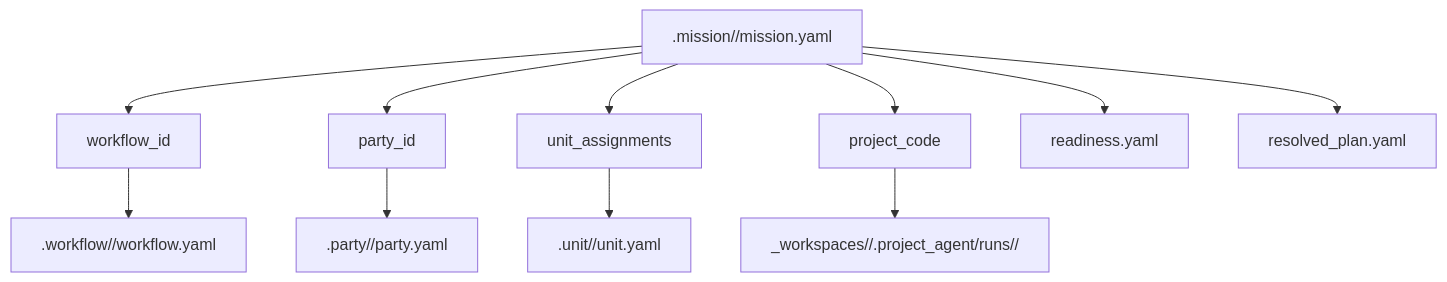
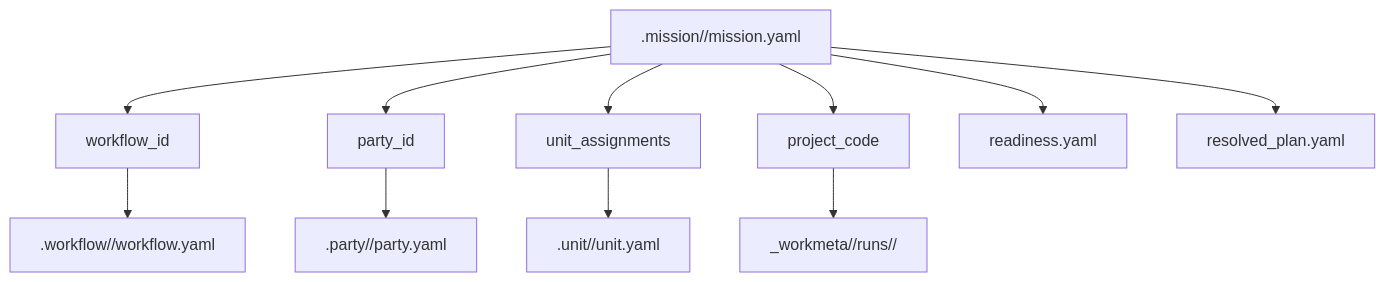
Before and after one commit to SungYongMOON/soulforge: the diagram in .mission/README.md, drawn with Mermaid. The commit also changed other lines of this file and 111 other files, not shown here.

````diff
--- a/.mission/README.md
+++ b/.mission/README.md
@@ -11,13 +11,13 @@
 ```mermaid
 flowchart TD
   M[".mission/<mission_id>/mission.yaml"] --> WF["workflow_id"]
   M --> PT["party_id"]
   M --> UA["unit_assignments"]
   M --> PJ["project_code"]
   M --> RD["readiness.yaml"]
   WF --> WFC[".workflow/<workflow_id>/workflow.yaml"]
   PT --> PTC[".party/<party_id>/party.yaml"]
   UA --> U[".unit/<unit_id>/unit.yaml"]
   M --> RP["resolved_plan.yaml"]
-  PJ --> WS["_workspaces/<project_code>/.project_agent/runs/<run_id>/"]
+  PJ --> WS["_workmeta/<project_code>/runs/<run_id>/"]
 ```
````
